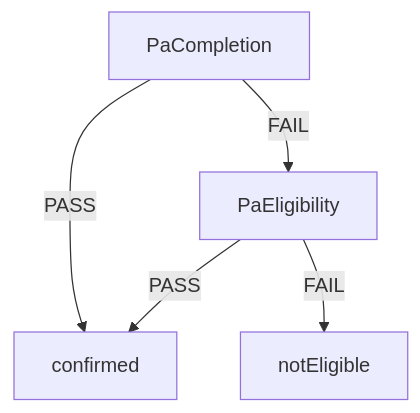
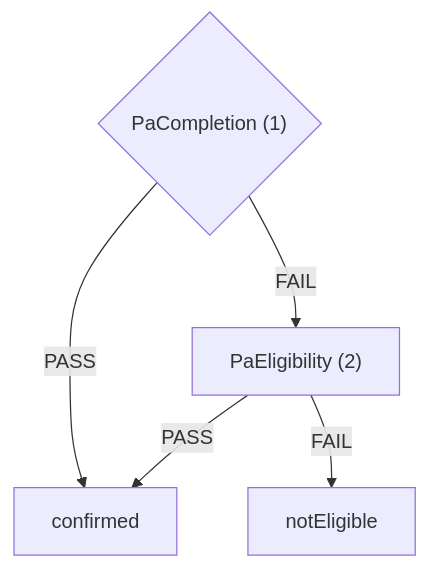
The sixth of 6 diagrams in docs/eligibility-rules-graph.md (ministryofjustice/hmpps-single-accommodation-service-api), drawn with Mermaid before and after one commit. The commit also changed other lines of this file and 35 other files, not shown here.

````diff
--- a/docs/eligibility-rules-graph.md
+++ b/docs/eligibility-rules-graph.md
@@ -246,11 +354,11 @@
 ```mermaid
 flowchart TD
-  PaCompletion["PaCompletion"]
+  PaCompletion{"PaCompletion (1)"}
   confirmed["confirmed"]
-  PaEligibility["PaEligibility"]
+  PaEligibility["PaEligibility (2)"]
   notEligible["notEligible"]
   PaEligibility -->|PASS| confirmed
   PaEligibility -->|FAIL| notEligible
   PaCompletion -->|PASS| confirmed
   PaCompletion -->|FAIL| PaEligibility
 ```
````
